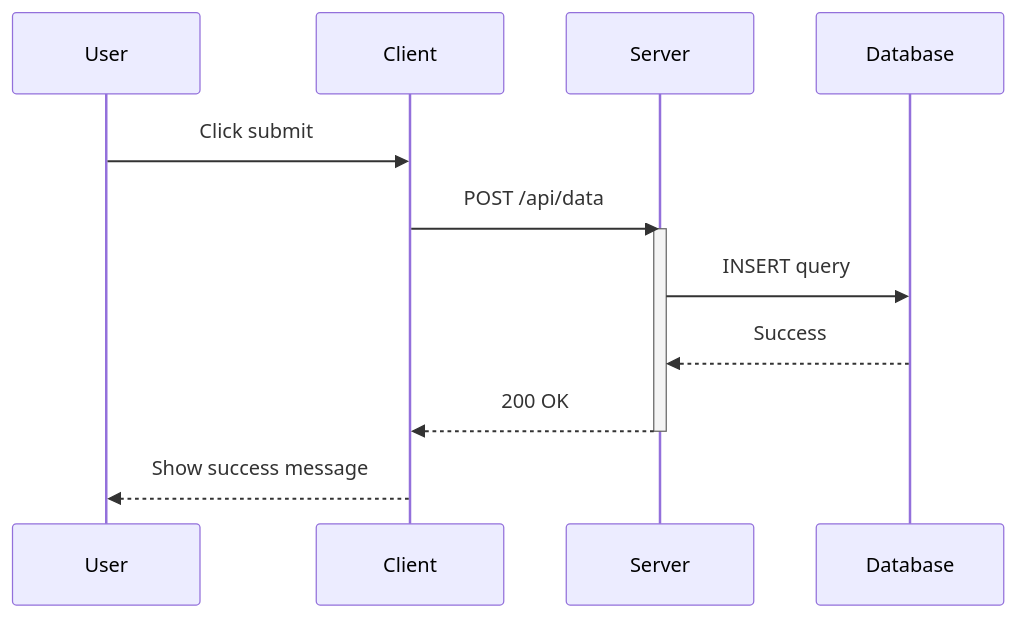
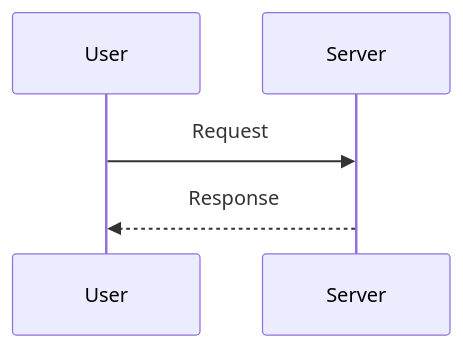
One commit to runkids/claude-skill-registry changed the second of 30 diagrams in skills/data/mermaid-diagrams/SKILL.md. Above: the diagram before and after it, drawn with Mermaid. The commit also changed other lines of this file and 15747 other files, not shown here.

````diff
--- a/skills/data/mermaid-diagrams/SKILL.md
+++ b/skills/data/mermaid-diagrams/SKILL.md
@@ -63,16 +38,7 @@
 ```mermaid
 sequenceDiagram
     participant U as User
-    participant C as Client
     participant S as Server
-    participant D as Database
-
-    U->>C: Click submit
-    C->>S: POST /api/data
-    activate S
-    S->>D: INSERT query
-    D-->>S: Success
-    S-->>C: 200 OK
-    deactivate S
-    C-->>U: Show success message
+    U->>S: Request
+    S-->>U: Response
 ```
````
